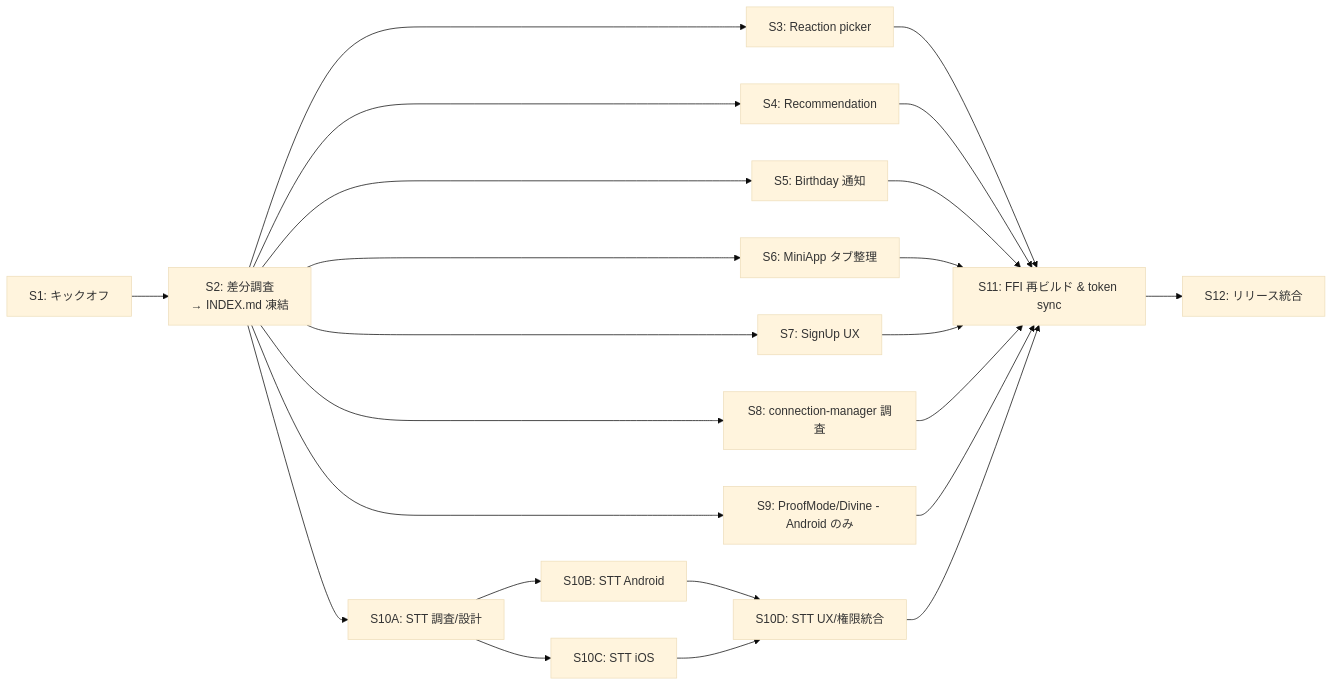
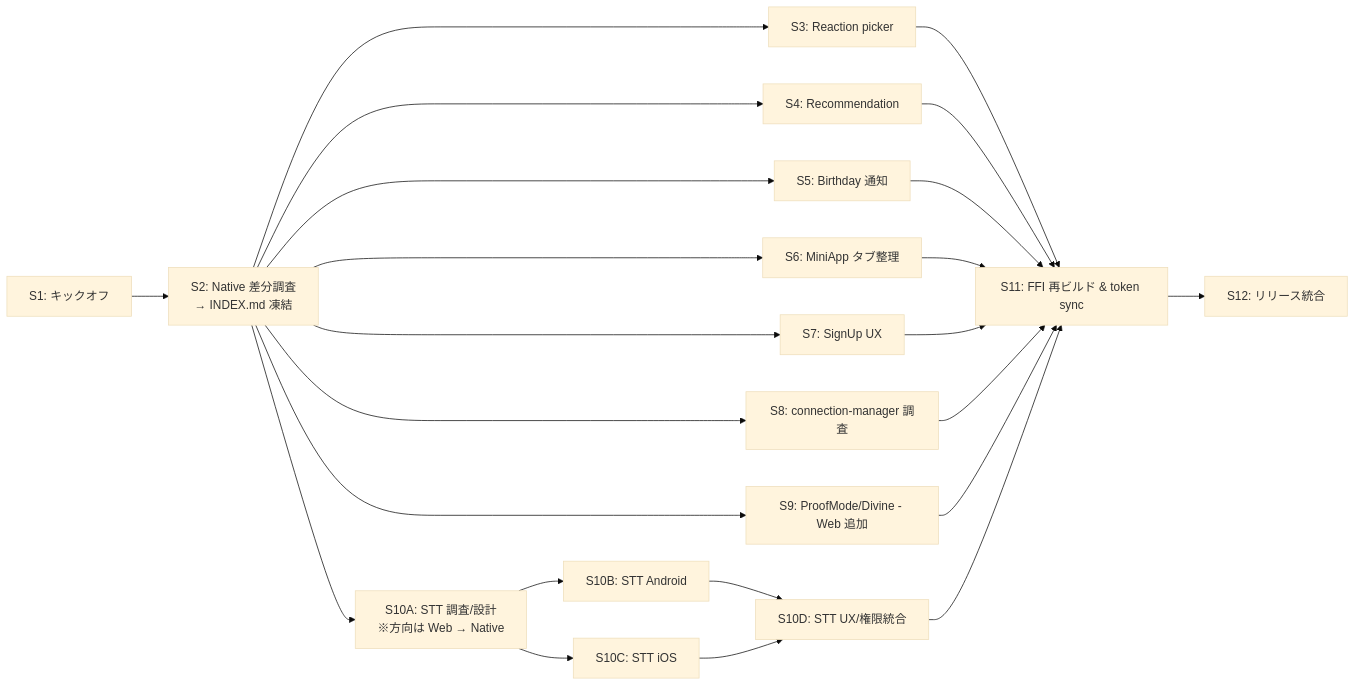
The diagram in docs/sync/PLAN.md (tami1A84/null--nostr), drawn with Mermaid (base theme) before and after one commit. The commit also changed other lines of this file and 33 other files, not shown here.

First line of the commit message:
docs(sync): 全 34 ドキュメントの同期方向を反転 (Web→Native → Native→Web)

````diff
--- a/docs/sync/PLAN.md
+++ b/docs/sync/PLAN.md
@@ -17,18 +20,18 @@
 ```mermaid
 graph LR
-  S1[S1: キックオフ] --> S2[S2: 差分調査<br/>→ INDEX.md 凍結]
+  S1[S1: キックオフ] --> S2[S2: Native 差分調査<br/>→ INDEX.md 凍結]
   S2 --> S3[S3: Reaction picker]
   S2 --> S4[S4: Recommendation]
   S2 --> S5[S5: Birthday 通知]
   S2 --> S6[S6: MiniApp タブ整理]
   S2 --> S7[S7: SignUp UX]
   S2 --> S8[S8: connection-manager 調査]
-  S2 --> S9[S9: ProofMode/Divine - Android のみ]
-  S2 --> S10A[S10A: STT 調査/設計]
+  S2 --> S9[S9: ProofMode/Divine - Web 追加]
+  S2 --> S10A[S10A: STT 調査/設計<br/>※方向は Web → Native]
   S10A --> S10B[S10B: STT Android]
   S10A --> S10C[S10C: STT iOS]
   S10B --> S10D[S10D: STT UX/権限統合]
   S10C --> S10D
   S3 & S4 & S5 & S6 & S7 & S8 & S9 & S10D --> S11[S11: FFI 再ビルド & token sync]
   S11 --> S12[S12: リリース統合]
 ```
````
